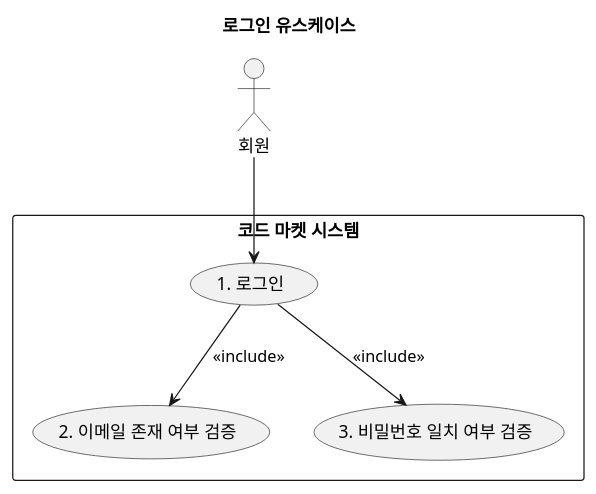
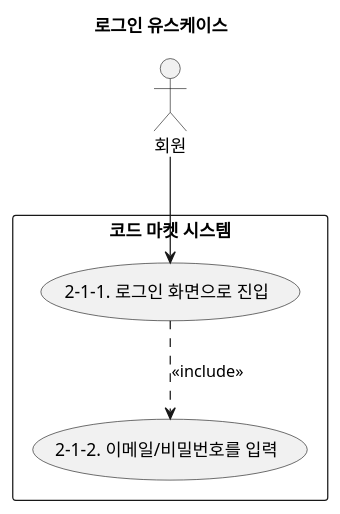
One commit to f-lab-edu/code-market changed the diagram in docs/usecase/usecase_login.puml. Above: the diagram before and after it, drawn with PlantUML. The commit also changed 5 other files, not shown here.

Commit message:
docs(usecase): usecase 넘버링 수정 - 기존 세부 카테고리 사항까지 모두 넘버링 추가 유저 시나리오와 다이어그램 1:1 넘버 배핑

```diff
--- a/docs/usecase/usecase_login.puml
+++ b/docs/usecase/usecase_login.puml
@@ -1,18 +1,16 @@
 @startuml
 title 로그인 유스케이스
 
 actor "회원" as Member
 
 rectangle "코드 마켓 시스템" {
 '사용자 시나리오 (user_scenario.md 파일)의 기능별 시나리오 번호와 해당 다이어그램의 번호는 매핑되어 있습니다
-  usecase "1. 로그인" as UC_Login
-  usecase "2. 이메일 존재 여부 검증" as UC_CheckEmailExists
-  usecase "3. 비밀번호 일치 여부 검증" as UC_CheckPasswordMatch
+  usecase "2-1-1. 로그인 화면으로 진입" as UC_Login
+  usecase "2-1-2. 이메일/비밀번호를 입력" as UC_WriteInformation
 }
 
 Member --> UC_Login
 
-UC_Login --> UC_CheckEmailExists : <<include>>
-UC_Login --> UC_CheckPasswordMatch : <<include>>
+UC_Login ..> UC_WriteInformation : <<include>>
 
 @enduml
```
